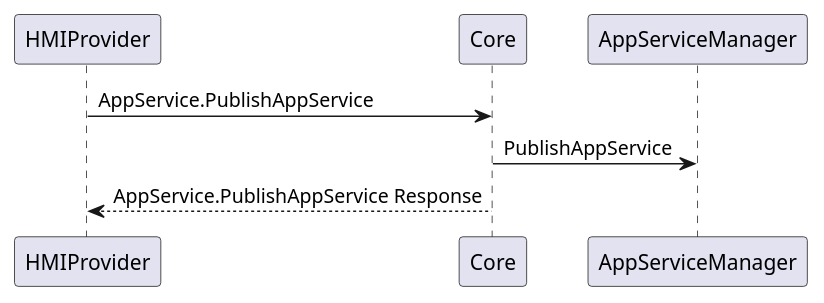
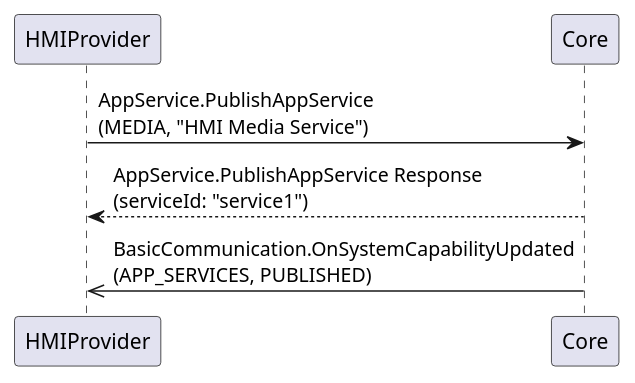
One commit to smartdevicelink/sdl_hmi_integration_guidelines changed the diagram in docs/AppService/PublishAppService/assets/PublishAppService.puml. Above: the diagram before and after it, drawn with PlantUML. The commit also changed 16 other files, not shown here.

```diff
--- a/docs/AppService/PublishAppService/assets/PublishAppService.puml
+++ b/docs/AppService/PublishAppService/assets/PublishAppService.puml
@@ -1,10 +1,9 @@
 @startuml PublishAppService
 participant HMIProvider
 participant Core
-participant AppServiceManager
 
-HMIProvider -> Core: AppService.PublishAppService
-Core -> AppServiceManager: PublishAppService
-Core --> HMIProvider: AppService.PublishAppService Response
+HMIProvider -> Core: AppService.PublishAppService\n(MEDIA, "HMI Media Service")
+Core --> HMIProvider: AppService.PublishAppService Response\n(serviceId: "service1")
+Core ->> HMIProvider : BasicCommunication.OnSystemCapabilityUpdated\n(APP_SERVICES, PUBLISHED)
 
 @enduml
```
